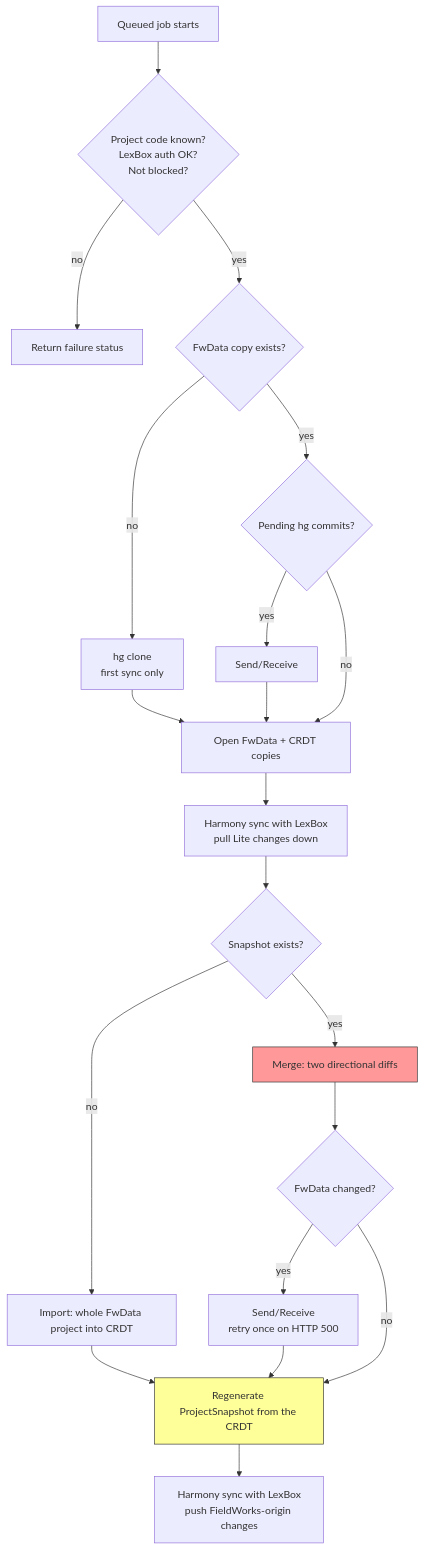
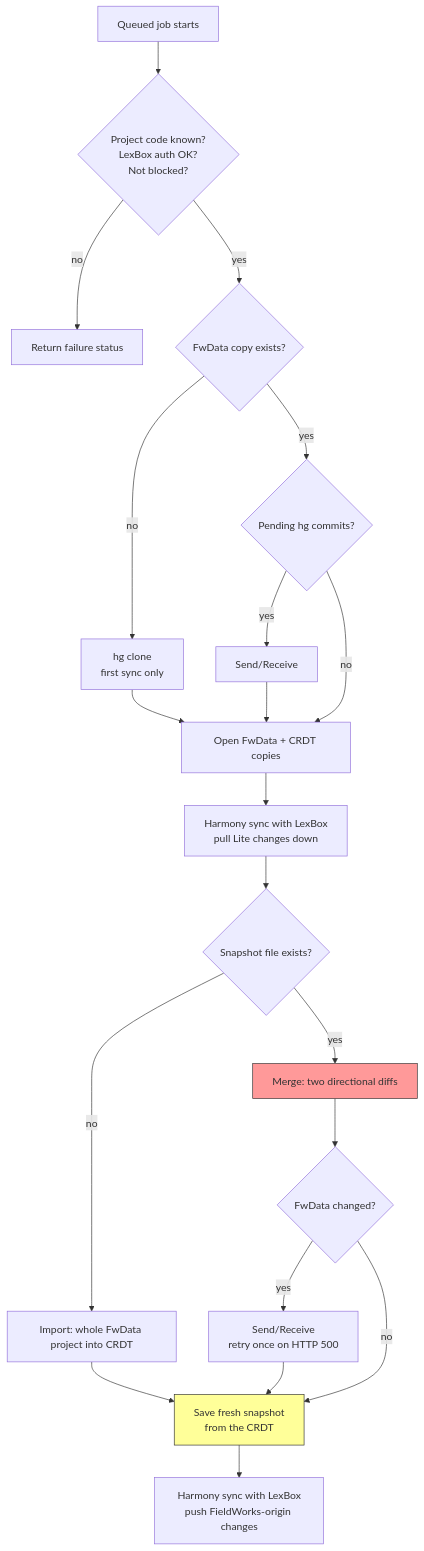
Before and after one commit to sillsdev/languageforge-lexbox: the diagram in docs/technical/sync/fwheadless-merge.md, drawn with Mermaid. The commit also changed other lines of this file and 7 other files, not shown here.

````diff
--- a/docs/technical/sync/fwheadless-merge.md
+++ b/docs/technical/sync/fwheadless-merge.md
@@ -33,25 +33,25 @@
 ```mermaid
 flowchart TD
     A[Queued job starts] --> B{Project code known?<br/>LexBox auth OK?<br/>Not blocked?}
     B -- no --> X[Return failure status]
     B -- yes --> C{FwData copy exists?}
     C -- no --> D[hg clone<br/>first sync only]
     C -- yes --> E{Pending hg commits?}
     E -- yes --> F[Send/Receive]
     E -- no --> G
     D --> G[Open FwData + CRDT copies]
     F --> G
     G --> H[Harmony sync with LexBox<br/>pull Lite changes down]
-    H --> I{Snapshot exists?}
+    H --> I{Snapshot file exists?}
     I -- no --> J[Import: whole FwData project into CRDT]
     I -- yes --> K[Merge: two directional diffs]
     K --> L{FwData changed?}
     L -- yes --> M[Send/Receive<br/>retry once on HTTP 500]
     L -- no --> N
-    J --> N[Regenerate ProjectSnapshot from the CRDT]
+    J --> N[Save fresh snapshot<br/>from the CRDT]
     M --> N
     N --> O[Harmony sync with LexBox<br/>push FieldWorks-origin changes]
 
     style K fill:#f99,stroke:#333
     style N fill:#ff9,stroke:#333
 ```
````
